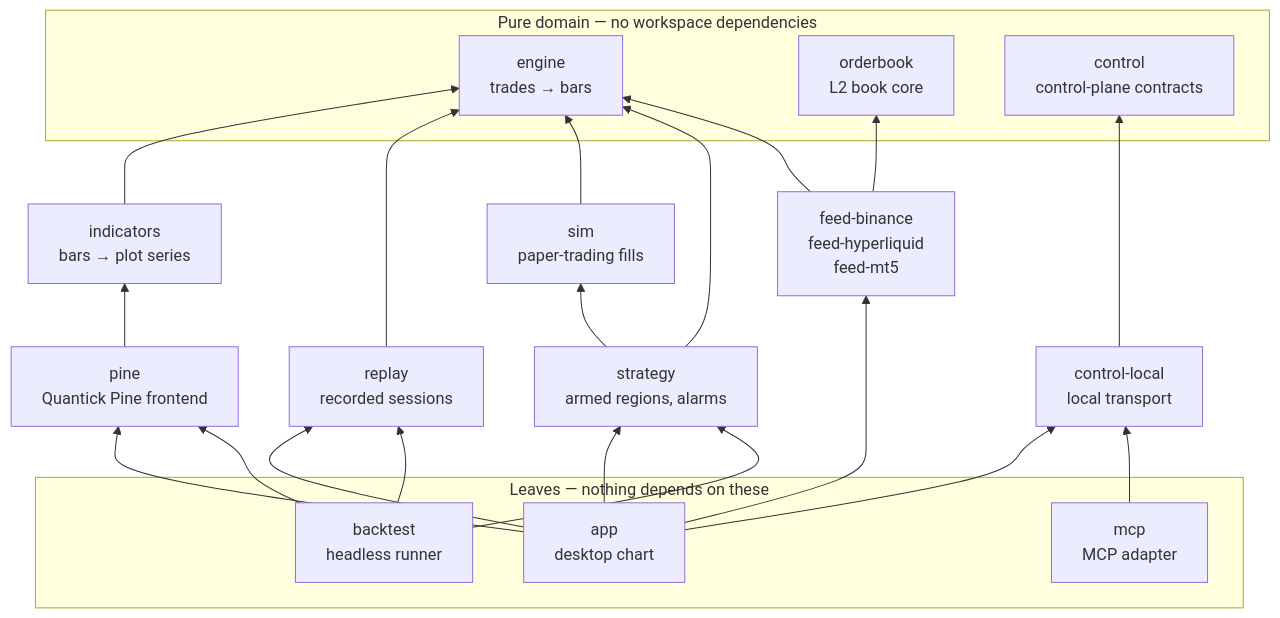
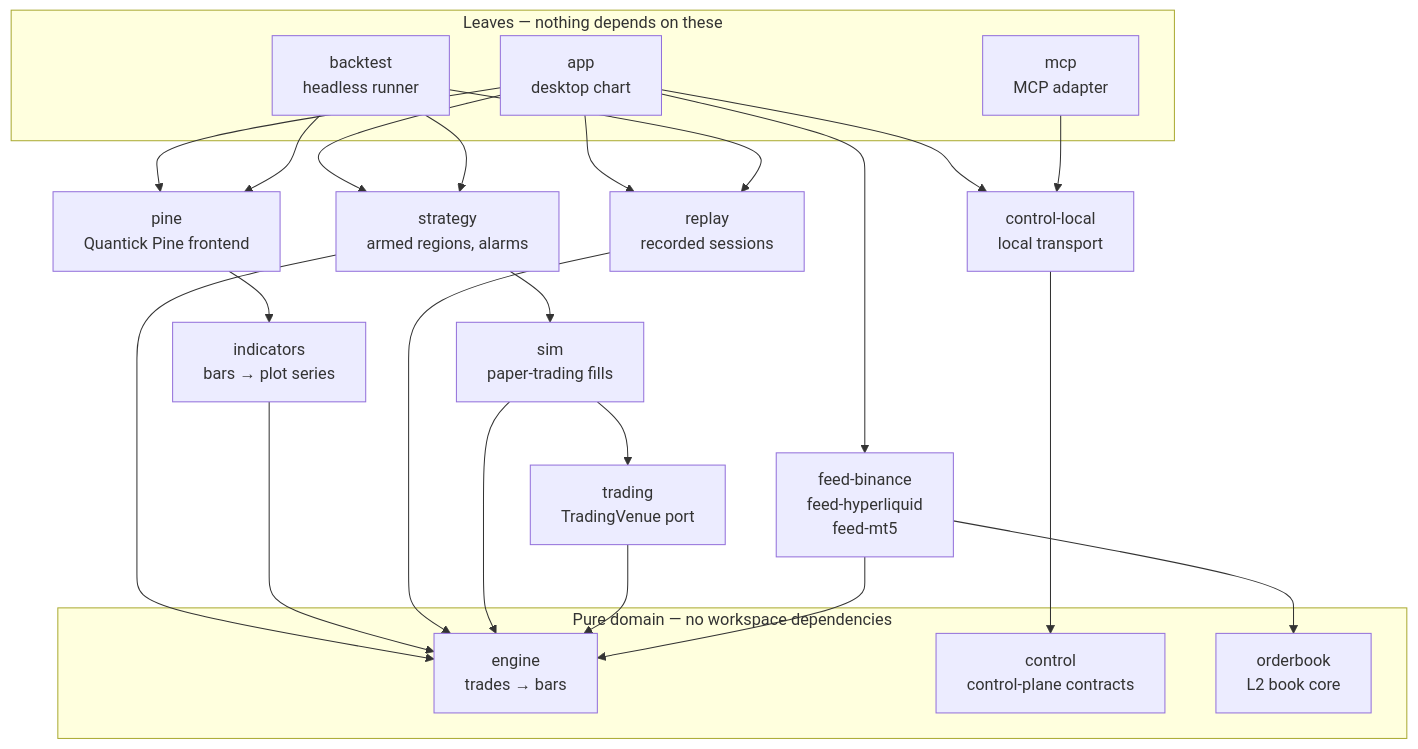
One commit to milocaetano/quantick changed the diagram in AGENTS.md. Above: the diagram before and after it, drawn with Mermaid. The commit also changed other lines of this file and 5 other files, not shown here.

````diff
--- a/AGENTS.md
+++ b/AGENTS.md
@@ -87,34 +107,36 @@
 ```mermaid
-graph BT
-  subgraph pure["Pure domain — no workspace dependencies"]
-    engine["engine<br/>trades → bars"]
-    orderbook["orderbook<br/>L2 book core"]
-    control["control<br/>control-plane contracts"]
-  end
-
-  indicators["indicators<br/>bars → plot series"] --> engine
-  replay["replay<br/>recorded sessions"] --> engine
-  sim["sim<br/>paper-trading fills"] --> engine
-  pine["pine<br/>Quantick Pine frontend"] --> indicators
-  strategy["strategy<br/>armed regions, alarms"] --> engine
-  strategy --> sim
-  feeds["feed-binance<br/>feed-hyperliquid<br/>feed-mt5"] --> engine
-  feeds --> orderbook
-  controllocal["control-local<br/>local transport"] --> control
-
+graph TD
   subgraph leaves["Leaves — nothing depends on these"]
     app["app<br/>desktop chart"]
     backtest["backtest<br/>headless runner"]
     mcp["mcp<br/>MCP adapter"]
   end
 
   app --> pine
   app --> strategy
   app --> replay
   app --> feeds
   app --> controllocal
   backtest --> strategy
   backtest --> pine
   backtest --> replay
   mcp --> controllocal
+
+  pine["pine<br/>Quantick Pine frontend"] --> indicators
+  strategy["strategy<br/>armed regions, alarms"] --> sim
+  strategy --> engine
+  controllocal["control-local<br/>local transport"] --> control
+  indicators["indicators<br/>bars → plot series"] --> engine
+  replay["replay<br/>recorded sessions"] --> engine
+  sim["sim<br/>paper-trading fills"] --> trading
+  sim --> engine
+  trading["trading<br/>TradingVenue port"] --> engine
+  feeds["feed-binance<br/>feed-hyperliquid<br/>feed-mt5"] --> engine
+  feeds --> orderbook
+
+  subgraph pure["Pure domain — no workspace dependencies"]
+    engine["engine<br/>trades → bars"]
+    orderbook["orderbook<br/>L2 book core"]
+    control["control<br/>control-plane contracts"]
+  end
 ```
````
